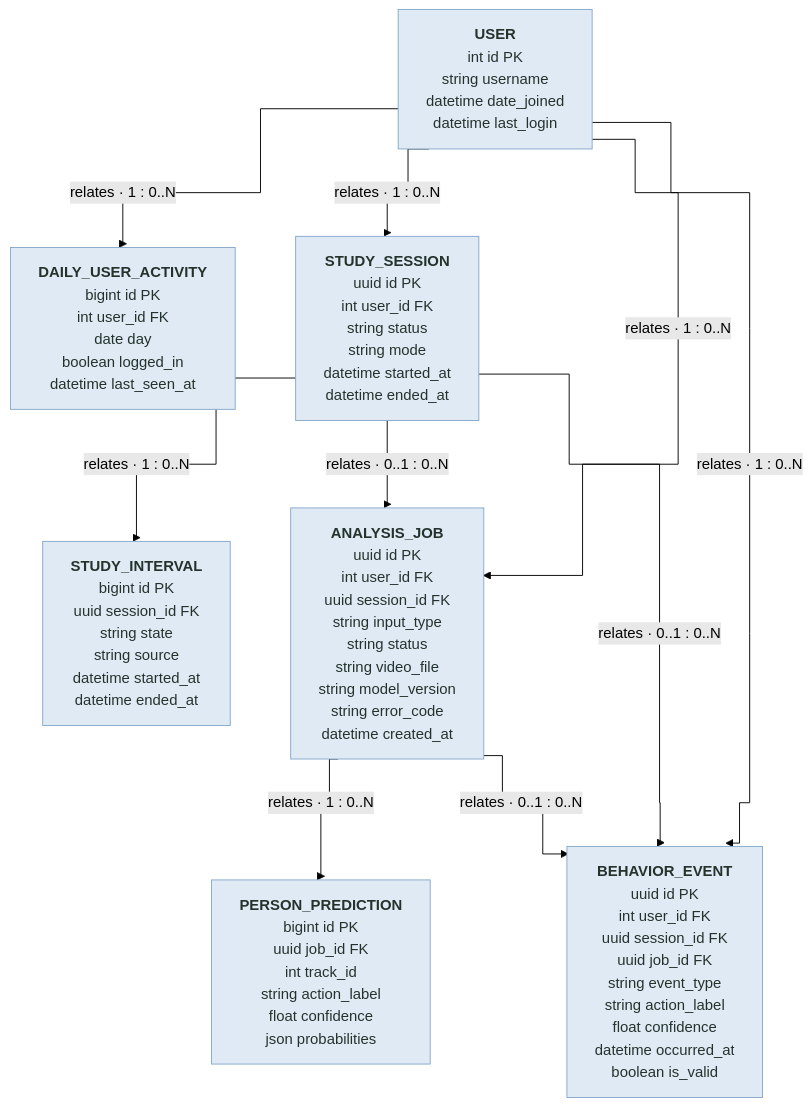
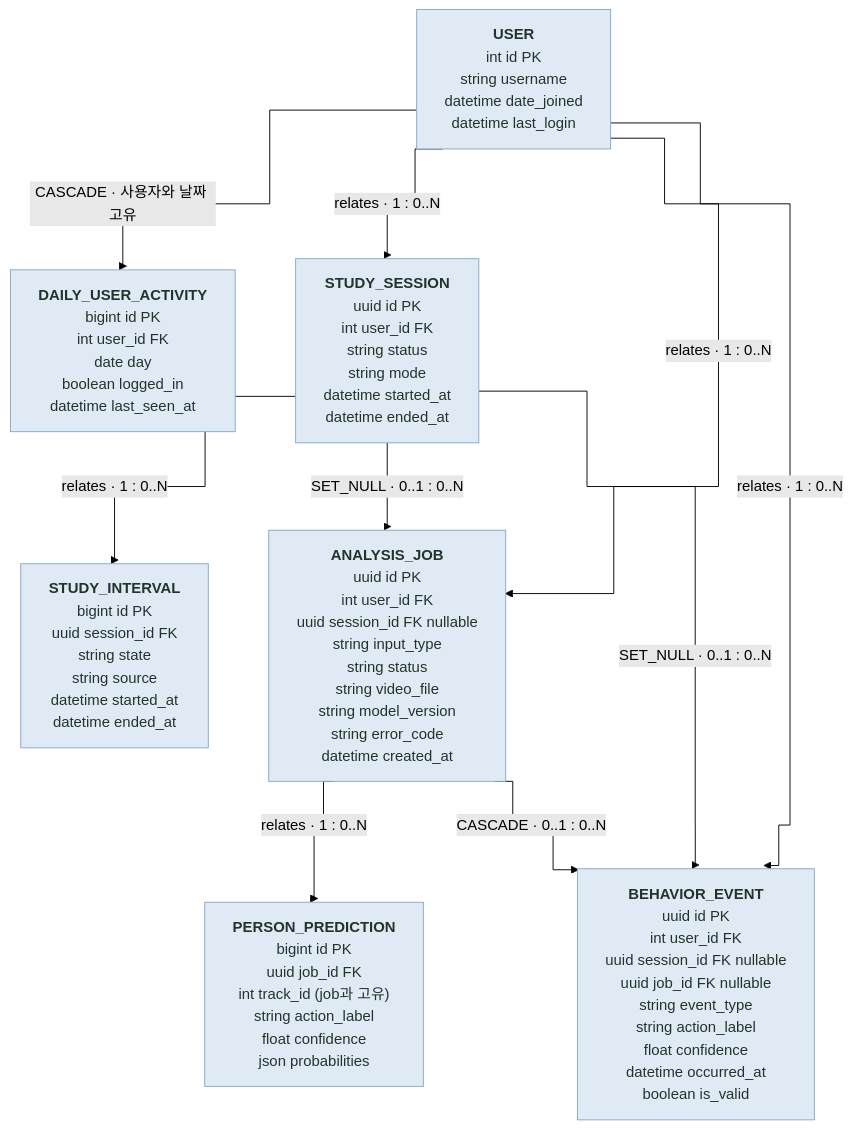
The diagram in docs/images/diagrams/02_erd.mmd (HanaPark-lab/desk-habit-coach), drawn with Mermaid (forest theme) before and after one commit. The commit also changed 1 other file, not shown here.

Commit message:
docs: update entity relationship diagram

```diff
--- a/docs/images/diagrams/02_erd.mmd
+++ b/docs/images/diagrams/02_erd.mmd
@@ -1,26 +1,26 @@
 ---
 config:
   flowchart:
     curve: step
     nodeSpacing: 65
     rankSpacing: 70
 ---
 flowchart TD
     USER["<b>USER</b><br/>int id PK<br/>string username<br/>datetime date_joined<br/>datetime last_login"]
     DAILY_USER_ACTIVITY["<b>DAILY_USER_ACTIVITY</b><br/>bigint id PK<br/>int user_id FK<br/>date day<br/>boolean logged_in<br/>datetime last_seen_at"]
     STUDY_SESSION["<b>STUDY_SESSION</b><br/>uuid id PK<br/>int user_id FK<br/>string status<br/>string mode<br/>datetime started_at<br/>datetime ended_at"]
-    ANALYSIS_JOB["<b>ANALYSIS_JOB</b><br/>uuid id PK<br/>int user_id FK<br/>uuid session_id FK<br/>string input_type<br/>string status<br/>string video_file<br/>string model_version<br/>string error_code<br/>datetime created_at"]
+    ANALYSIS_JOB["<b>ANALYSIS_JOB</b><br/>uuid id PK<br/>int user_id FK<br/>uuid session_id FK nullable<br/>string input_type<br/>string status<br/>string video_file<br/>string model_version<br/>string error_code<br/>datetime created_at"]
     STUDY_INTERVAL["<b>STUDY_INTERVAL</b><br/>bigint id PK<br/>uuid session_id FK<br/>string state<br/>string source<br/>datetime started_at<br/>datetime ended_at"]
-    PERSON_PREDICTION["<b>PERSON_PREDICTION</b><br/>bigint id PK<br/>uuid job_id FK<br/>int track_id<br/>string action_label<br/>float confidence<br/>json probabilities"]
-    BEHAVIOR_EVENT["<b>BEHAVIOR_EVENT</b><br/>uuid id PK<br/>int user_id FK<br/>uuid session_id FK<br/>uuid job_id FK<br/>string event_type<br/>string action_label<br/>float confidence<br/>datetime occurred_at<br/>boolean is_valid"]
-    USER -->|"relates · 1 : 0..N"| DAILY_USER_ACTIVITY
+    PERSON_PREDICTION["<b>PERSON_PREDICTION</b><br/>bigint id PK<br/>uuid job_id FK<br/>int track_id (job과 고유)<br/>string action_label<br/>float confidence<br/>json probabilities"]
+    BEHAVIOR_EVENT["<b>BEHAVIOR_EVENT</b><br/>uuid id PK<br/>int user_id FK<br/>uuid session_id FK nullable<br/>uuid job_id FK nullable<br/>string event_type<br/>string action_label<br/>float confidence<br/>datetime occurred_at<br/>boolean is_valid"]
+    USER -->|"CASCADE · 사용자와 날짜 고유"| DAILY_USER_ACTIVITY
     USER -->|"relates · 1 : 0..N"| STUDY_SESSION
     USER -->|"relates · 1 : 0..N"| ANALYSIS_JOB
     USER -->|"relates · 1 : 0..N"| BEHAVIOR_EVENT
     STUDY_SESSION -->|"relates · 1 : 0..N"| STUDY_INTERVAL
-    STUDY_SESSION -->|"relates · 0..1 : 0..N"| ANALYSIS_JOB
-    STUDY_SESSION -->|"relates · 0..1 : 0..N"| BEHAVIOR_EVENT
+    STUDY_SESSION -->|"SET_NULL · 0..1 : 0..N"| ANALYSIS_JOB
+    STUDY_SESSION -->|"SET_NULL · 0..1 : 0..N"| BEHAVIOR_EVENT
     ANALYSIS_JOB -->|"relates · 1 : 0..N"| PERSON_PREDICTION
-    ANALYSIS_JOB -->|"relates · 0..1 : 0..N"| BEHAVIOR_EVENT
+    ANALYSIS_JOB -->|"CASCADE · 0..1 : 0..N"| BEHAVIOR_EVENT
     classDef entity fill:#e0eaf5,stroke:#86a8ca,color:#23332c
     class USER,DAILY_USER_ACTIVITY,STUDY_SESSION,ANALYSIS_JOB,STUDY_INTERVAL,PERSON_PREDICTION,BEHAVIOR_EVENT entity
```
